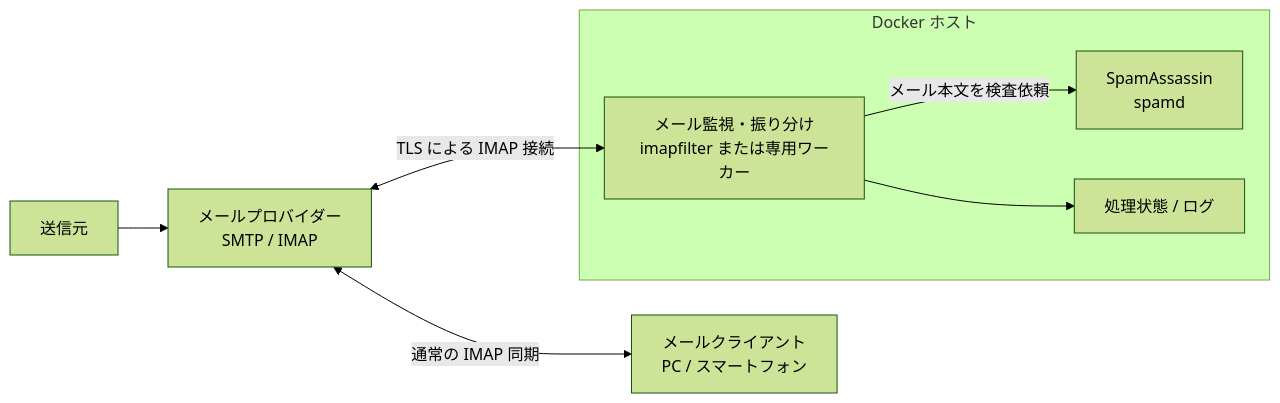
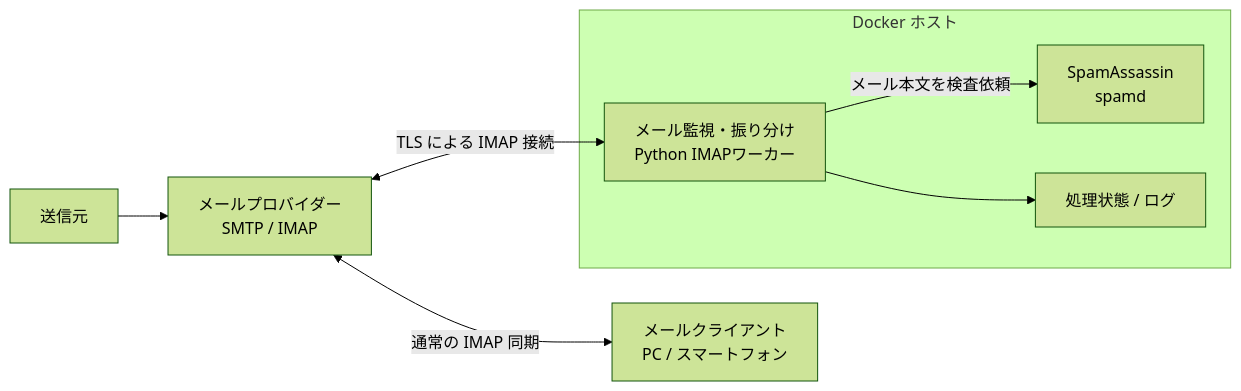
The first of 9 diagrams in docs/system-overview.md (Shimahukuro/mail-sentinel-docker), drawn with Mermaid (forest theme) before and after one commit. The commit also changed other lines of this file and 21 other files, not shown here.

````diff
--- a/docs/system-overview.md
+++ b/docs/system-overview.md
@@ -18,15 +18,15 @@
 ```mermaid
 flowchart LR
     Internet["送信元"] --> Provider["メールプロバイダー<br/>SMTP / IMAP"]
     Provider <-->|"通常の IMAP 同期"| Client["メールクライアント<br/>PC / スマートフォン"]
 
     subgraph DockerHost["Docker ホスト"]
-        Worker["メール監視・振り分け<br/>imapfilter または専用ワーカー"]
+        Worker["メール監視・振り分け<br/>Python IMAPワーカー"]
         SpamD["SpamAssassin<br/>spamd"]
         State["処理状態 / ログ"]
         Worker -->|"メール本文を検査依頼"| SpamD
         Worker --> State
     end
 
     Provider <-->|"TLS による IMAP 接続"| Worker
 ```
````
